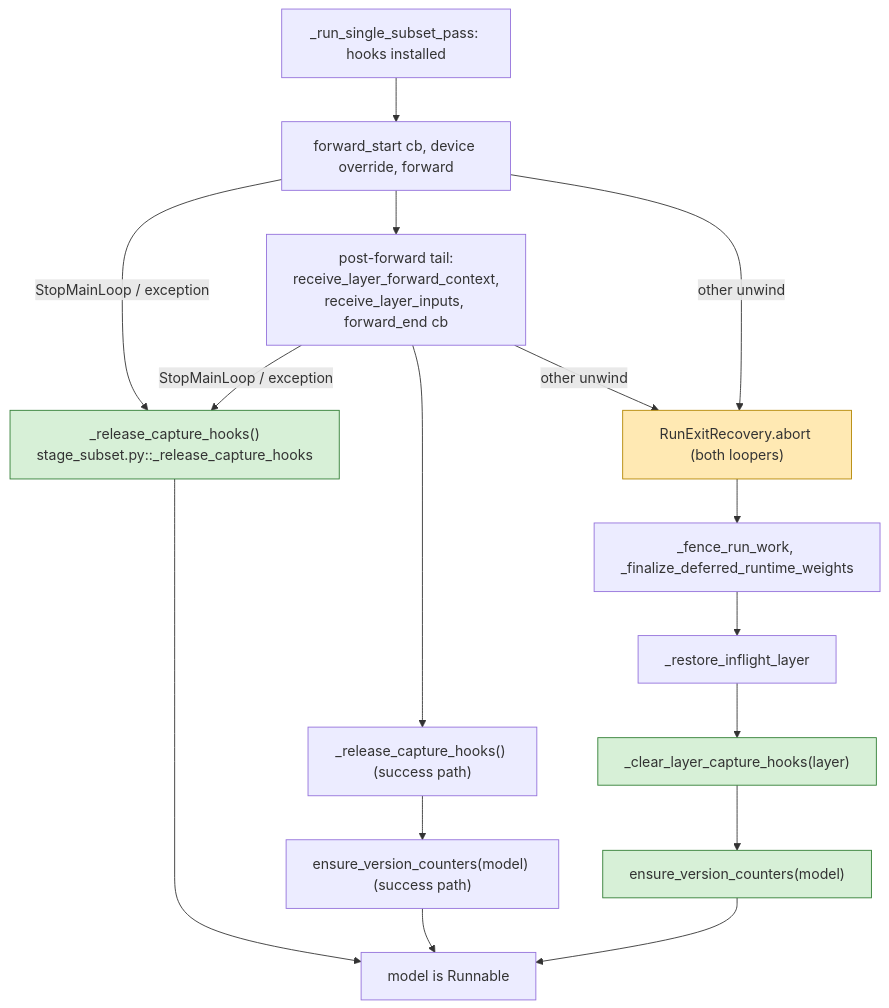
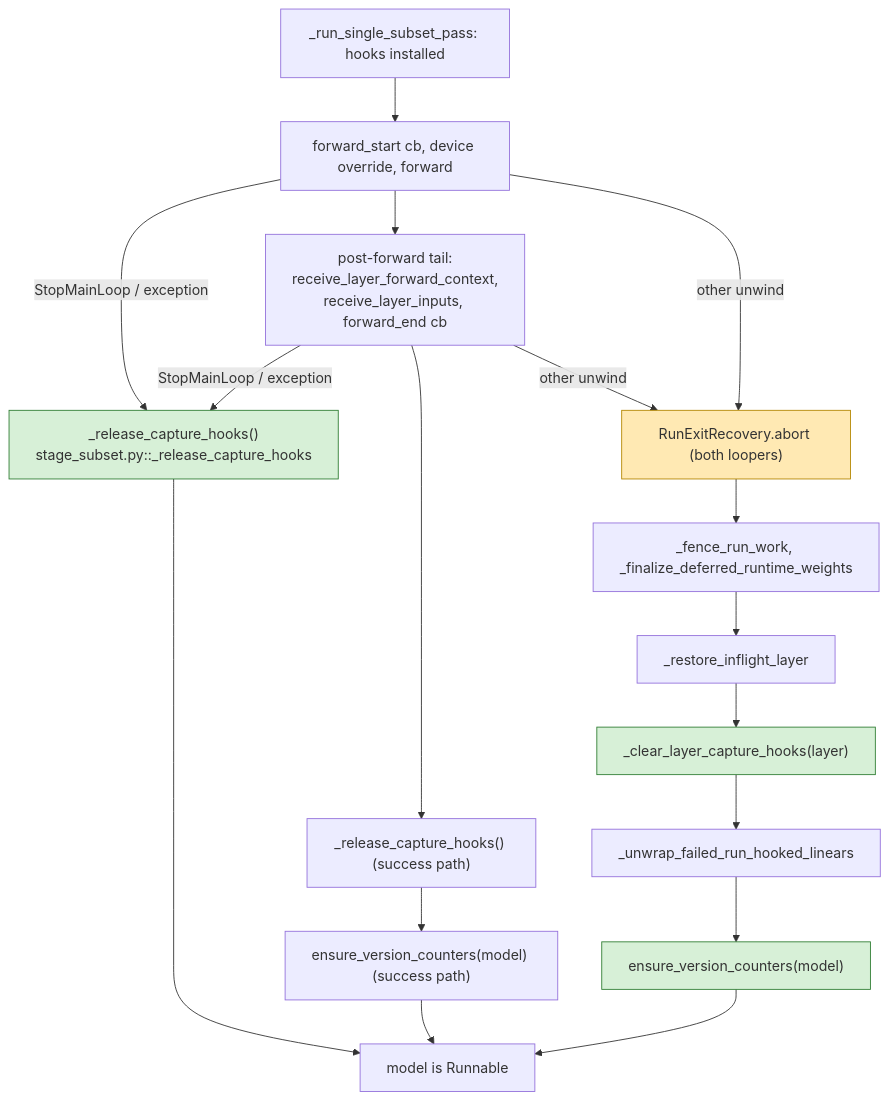
Before and after one commit to ModelCloud/GPTQModel: the second of 5 diagrams in docs/cancelled-run-contract.md, drawn with Mermaid. The commit also changed other lines of this file and 15 other files, not shown here.

````diff
--- a/docs/cancelled-run-contract.md
+++ b/docs/cancelled-run-contract.md
@@ -31,22 +31,23 @@
 ```mermaid
 flowchart TD
     A["_run_single_subset_pass: hooks installed"] --> B["forward_start cb, device override, forward"]
     B -->|"StopMainLoop / exception"| R1["_release_capture_hooks()<br/>stage_subset.py::_release_capture_hooks"]
     B --> C["post-forward tail:<br/>receive_layer_forward_context,<br/>receive_layer_inputs, forward_end cb"]
     C -->|"StopMainLoop / exception"| R1
     C --> D["_release_capture_hooks() (success path)"]
     B -->|"other unwind"| E["RunExitRecovery.abort (both loopers)"]
     C -->|"other unwind"| E
     D --> F["ensure_version_counters(model) (success path)"]
     E --> G["_fence_run_work, _finalize_deferred_runtime_weights"]
     G --> G2["_restore_inflight_layer"]
     G2 --> H["_clear_layer_capture_hooks(layer)"]
-    H --> I["ensure_version_counters(model)"]
+    H --> H2["_unwrap_failed_run_hooked_linears"]
+    H2 --> I["ensure_version_counters(model)"]
     F --> J["model is Runnable"]
     I --> J
     R1 --> J
     style R1 fill:#d7f0d7,stroke:#2f7d32
     style H fill:#d7f0d7,stroke:#2f7d32
     style I fill:#d7f0d7,stroke:#2f7d32
     style E fill:#ffe9b3,stroke:#b38600
 ```
````
